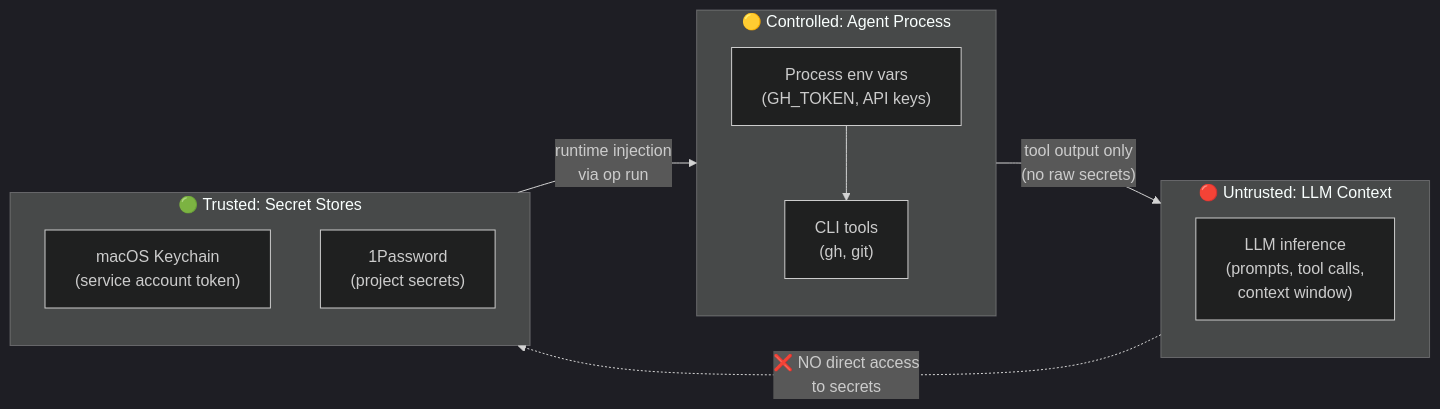
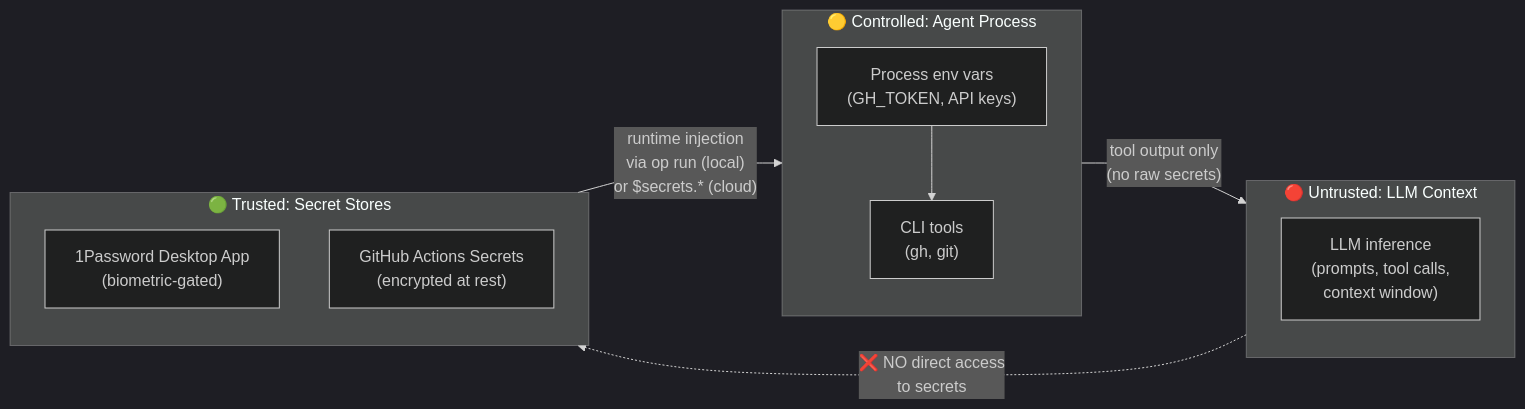
The fourth of 5 diagrams in docs/agent-secrets.md (visaivis/iterm2), drawn with Mermaid (dark theme) before and after one commit. The commit also changed other lines of this file and 4 other files, not shown here.

First line of the commit message:
docs: rewrite agent secrets for dual-mode (local + cloud) architecture

````diff
--- a/docs/agent-secrets.md
+++ b/docs/agent-secrets.md
@@ -135,21 +184,21 @@
 ```mermaid
 flowchart LR
     subgraph RED["🔴 Untrusted: LLM Context"]
         LLM["LLM inference\n(prompts, tool calls,\ncontext window)"]
     end
 
     subgraph YELLOW["🟡 Controlled: Agent Process"]
         PROC["Process env vars\n(GH_TOKEN, API keys)"]
         TOOLS["CLI tools\n(gh, git)"]
         PROC --> TOOLS
     end
 
     subgraph GREEN["🟢 Trusted: Secret Stores"]
-        KC2["macOS Keychain\n(service account token)"]
-        OP2["1Password\n(project secrets)"]
+        OP2["1Password Desktop App\n(biometric-gated)"]
+        GHS2["GitHub Actions Secrets\n(encrypted at rest)"]
     end
 
-    GREEN -->|"runtime injection\nvia op run"| YELLOW
+    GREEN -->|"runtime injection\nvia op run (local)\nor $secrets.* (cloud)"| YELLOW
     YELLOW -->|"tool output only\n(no raw secrets)"| RED
     RED -.->|"❌ NO direct access\nto secrets"| GREEN
 ```
````
